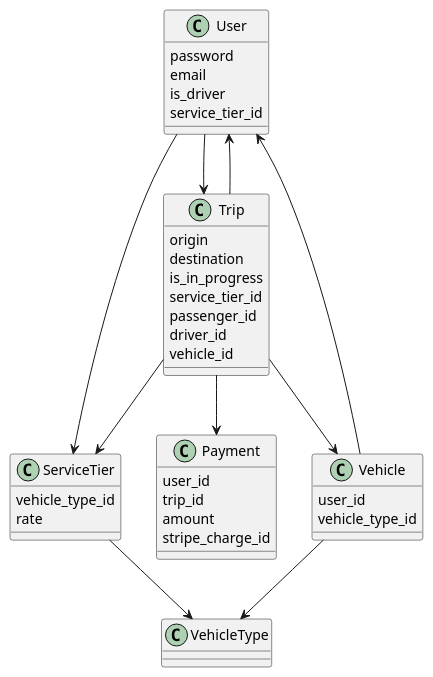
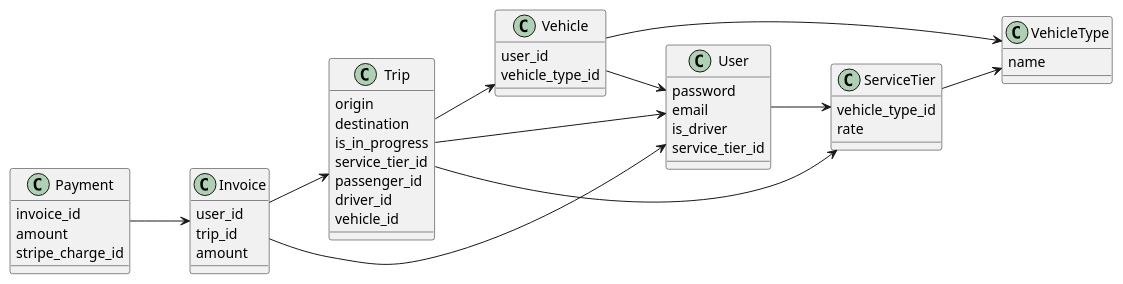
One commit to andrewhao/dddrail-talk changed the diagram in diagrams/2-ride-tiers.plantuml. Above: the diagram before and after it, drawn with PlantUML. The commit also changed 8 other files, not shown here.

Commit message:
Adding updated diagrams to sync with code.

```diff
--- a/diagrams/2-ride-tiers.plantuml
+++ b/diagrams/2-ride-tiers.plantuml
@@ -1,52 +1,60 @@
 @startuml
+left to right direction
 skinparam shadowing false
 
 class User {
   password
   email
   is_driver
   service_tier_id
 }
 
 class Trip {
   origin
   destination
   is_in_progress
   service_tier_id
   passenger_id
   driver_id
   vehicle_id
 }
 
-class Payment {
+class Invoice {
   user_id
   trip_id
   amount
+}
+
+class Payment {
+  invoice_id
+  amount
   stripe_charge_id
+}
+
+class ServiceTier {
+  vehicle_type_id
+  rate
 }
 
 class Vehicle {
   user_id
   vehicle_type_id
 }
 
-class ServiceTier {
-  vehicle_type_id
-  rate
-}
-
 class VehicleType {
+  name
 }
 
 
-User --> Trip
 Trip --> User
-Trip --> Payment
 Trip --> ServiceTier
 Trip --> Vehicle
+Vehicle --> User
+Invoice --> User
+Invoice --> Trip
+Payment --> Invoice
 ServiceTier --> VehicleType
 Vehicle --> VehicleType
-Vehicle --> User
 User --> ServiceTier
 
 @enduml
```
